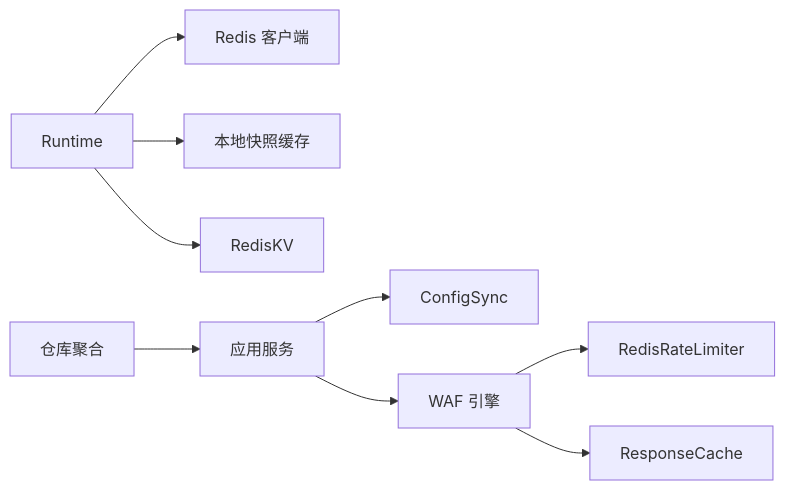
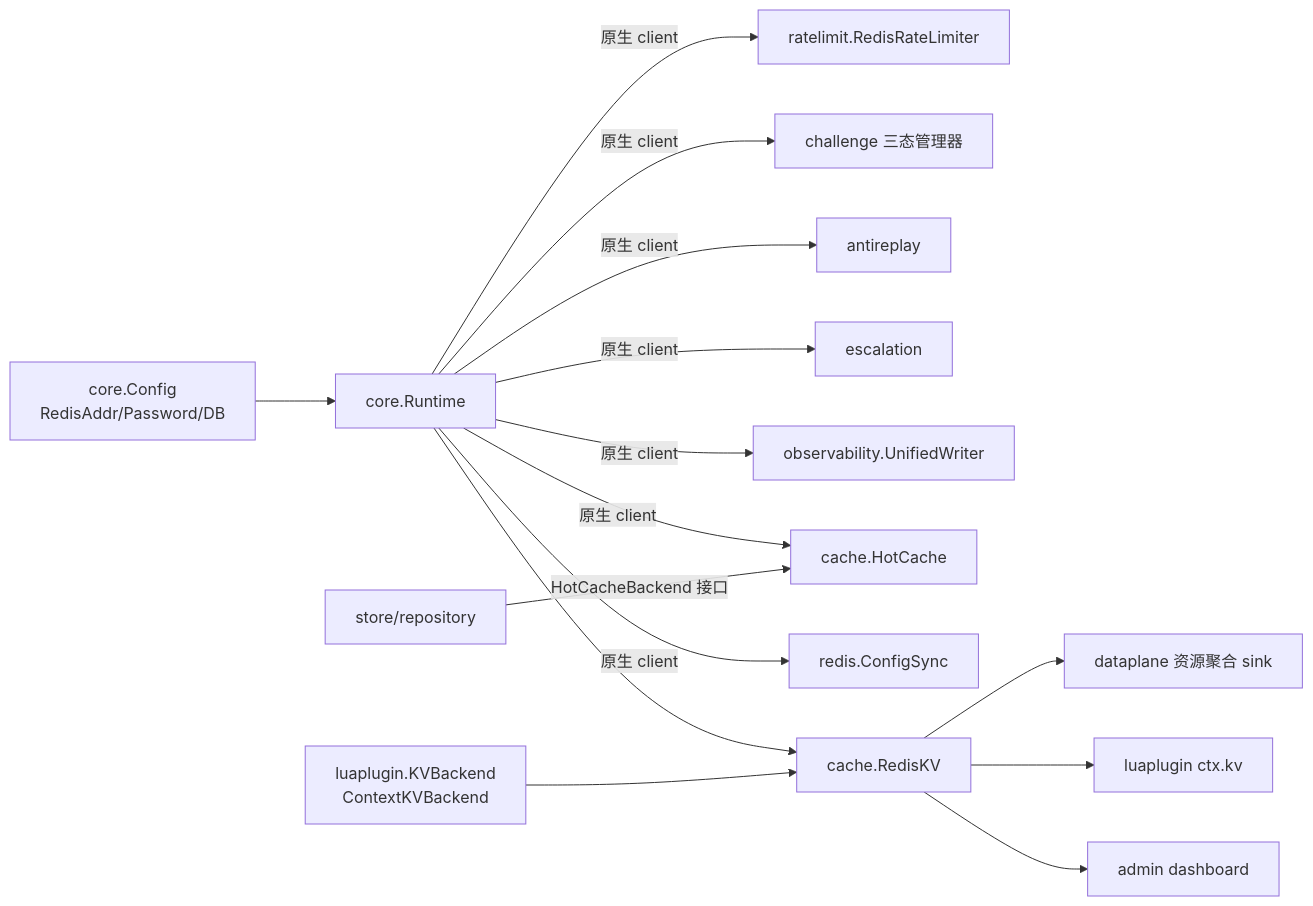
Before and after one commit to x01n/My-OpenWaf: the fourth of 4 diagrams in docs/扩展与插件系统/存储后端扩展/NoSQL 存储适配.md, drawn with Mermaid. The commit also changed other lines of this file and 622 other files, not shown here.

````diff
--- a/docs/扩展与插件系统/存储后端扩展/NoSQL 存储适配.md
+++ b/docs/扩展与插件系统/存储后端扩展/NoSQL 存储适配.md
@@ -292,11 +585,17 @@
 ```mermaid
 graph LR
-RT["Runtime"] --> RCli["Redis 客户端"]
-RT --> Layer["本地快照缓存"]
-RT --> RKV["RedisKV"]
-App["应用服务"] --> CS["ConfigSync"]
-App --> Eng["WAF 引擎"]
-Eng --> RL["RedisRateLimiter"]
-Eng --> RC["ResponseCache"]
-Repo["仓库聚合"] --> App
+  CFG["core.Config<br/>RedisAddr/Password/DB"] --> RT["core.Runtime"]
+  RT -->|原生 client| RL["ratelimit.RedisRateLimiter"]
+  RT -->|原生 client| CH["challenge 三态管理器"]
+  RT -->|原生 client| AR["antireplay"]
+  RT -->|原生 client| ES["escalation"]
+  RT -->|原生 client| UW["observability.UnifiedWriter"]
+  RT -->|原生 client| HC["cache.HotCache"]
+  RT -->|原生 client| CS["redis.ConfigSync"]
+  RT --> KV["cache.RedisKV"]
+  KV --> RA["dataplane 资源聚合 sink"]
+  KV --> LUA["luaplugin ctx.kv"]
+  KV --> DASH["admin dashboard"]
+  REPO["store/repository"] -->|HotCacheBackend 接口| HC
+  IFACE["luaplugin.KVBackend<br/>ContextKVBackend"] --> KV
 ```
````
